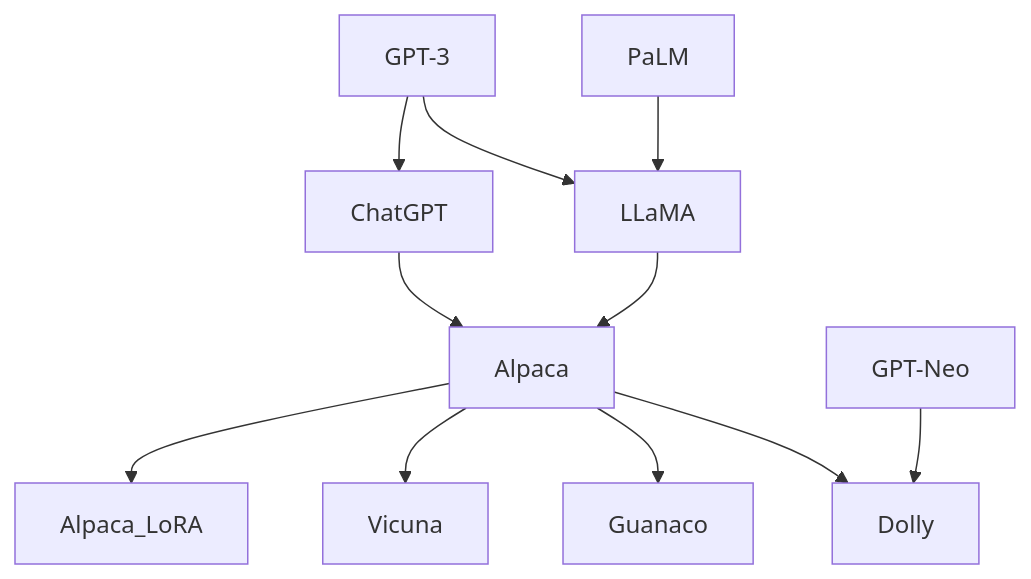
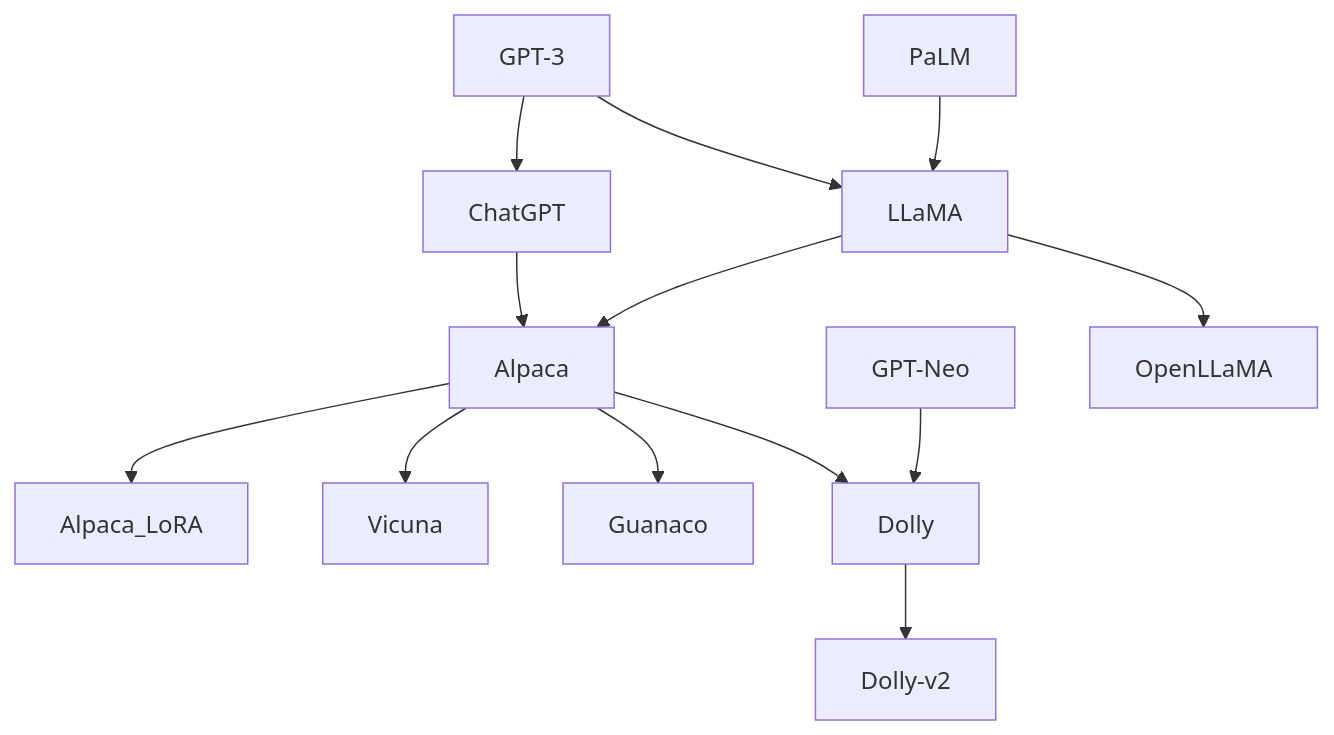
One commit to ted-sharp/chatvox changed diagram 12 of 13 in doc/llm.md. Above: the diagram before and after it, drawn with Mermaid. The commit also changed other lines of this file, not shown here.

````diff
--- a/doc/llm.md
+++ b/doc/llm.md
@@ -421,14 +469,15 @@
 ```mermaid
 flowchart
 
 GPT-3  --> LLaMA
 PaLM --> LLaMA
 GPT-3 --> ChatGPT --> Alpaca
 LLaMA --> Alpaca
 Alpaca --> Alpaca_LoRA
 Alpaca --> Vicuna
 Alpaca --> Guanaco
 Alpaca --> Dolly
-GPT-Neo --> Dolly
+GPT-Neo --> Dolly --> Dolly-v2
+LLaMA --> OpenLLaMA
 
 ```
````
